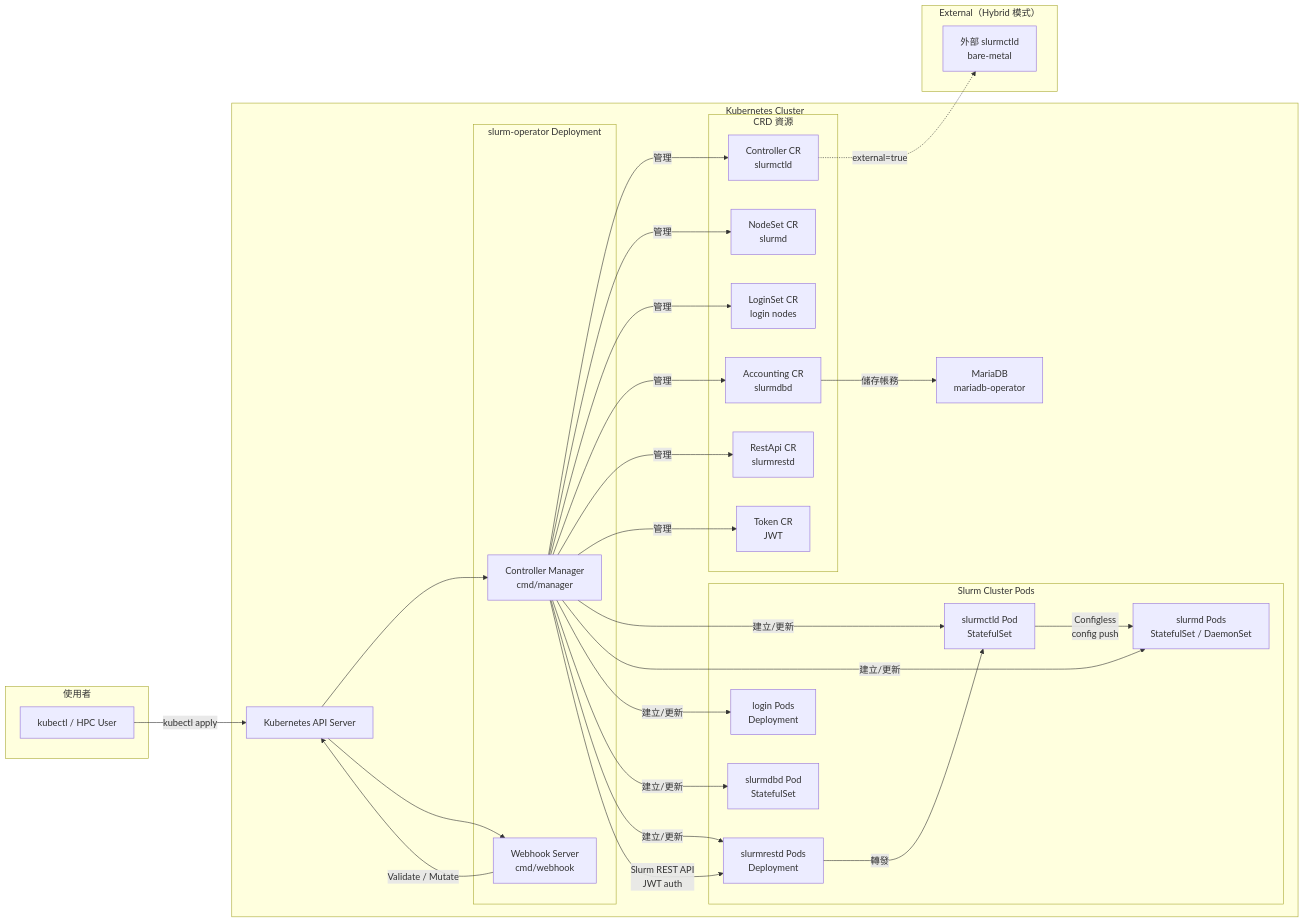
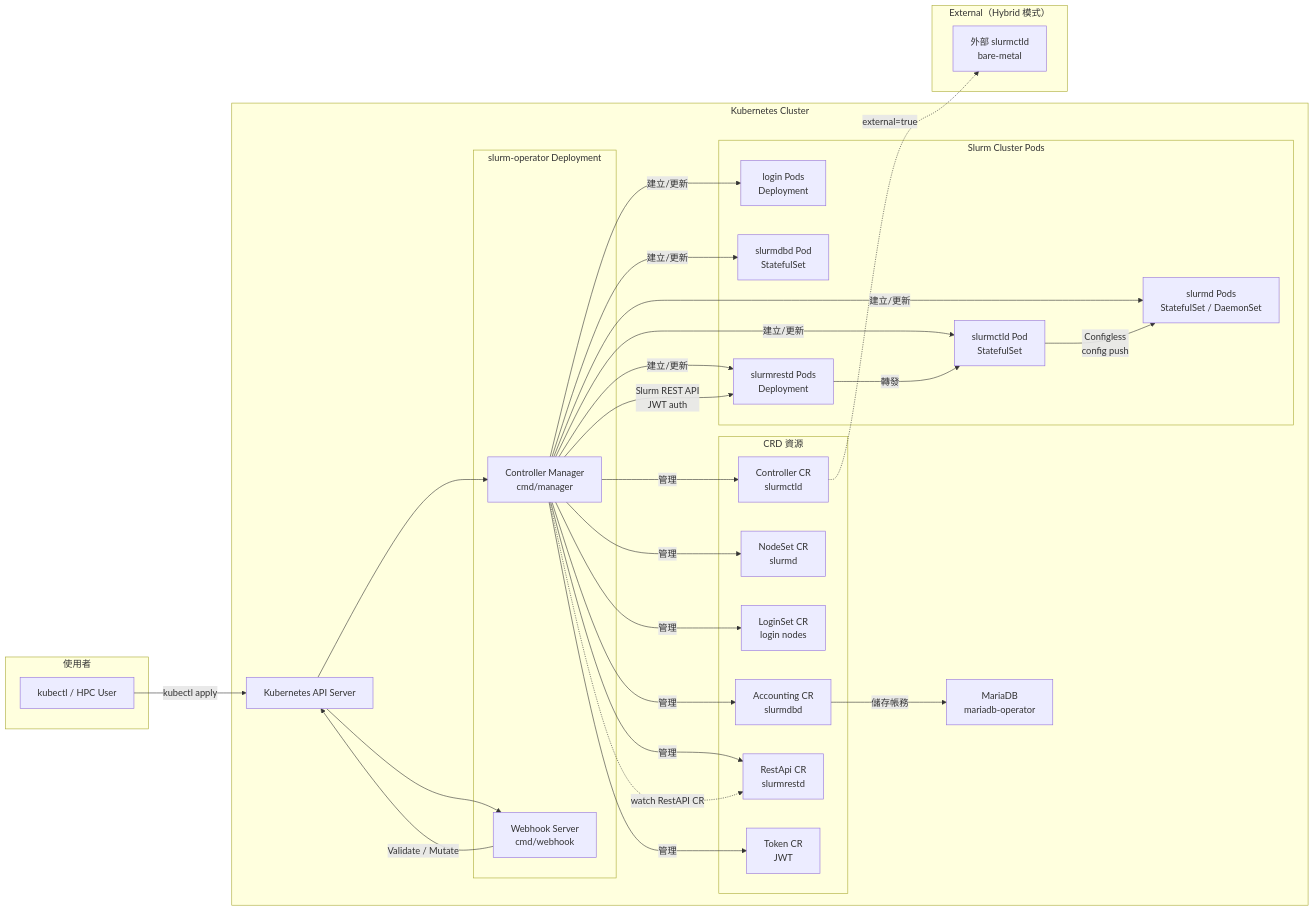
The first of 3 diagrams in .trace/ARCHITECTURE.md (pichiu/slurm-operator), drawn with Mermaid before and after one commit. The commit also changed other lines of this file, not shown here.

Commit message:
trace: update ARCHITECTURE.md for d5c49df..cfb5029

````diff
--- a/.trace/ARCHITECTURE.md
+++ b/.trace/ARCHITECTURE.md
@@ -12,49 +13,50 @@
 ```mermaid
 graph LR
     subgraph "使用者"
         U[kubectl / HPC User]
     end
 
     subgraph "Kubernetes Cluster"
         subgraph "slurm-operator Deployment"
             CM[Controller Manager<br/>cmd/manager]
             WH[Webhook Server<br/>cmd/webhook]
         end
 
         subgraph "CRD 資源"
             CTRL[Controller CR<br/>slurmctld]
             NS[NodeSet CR<br/>slurmd]
             LS[LoginSet CR<br/>login nodes]
             ACC[Accounting CR<br/>slurmdbd]
             RA[RestApi CR<br/>slurmrestd]
             TK[Token CR<br/>JWT]
         end
 
         subgraph "Slurm Cluster Pods"
             SCTLD[slurmctld Pod<br/>StatefulSet]
             SLURMD[slurmd Pods<br/>StatefulSet / DaemonSet]
             LGND[login Pods<br/>Deployment]
             SDBD[slurmdbd Pod<br/>StatefulSet]
             SREST[slurmrestd Pods<br/>Deployment]
         end
 
         KAPI[Kubernetes API Server]
         MARIA[MariaDB<br/>mariadb-operator]
     end
 
     subgraph "External（Hybrid 模式）"
         ESCTLD[外部 slurmctld<br/>bare-metal]
     end
 
     U -->|kubectl apply| KAPI
     KAPI --> CM
     KAPI --> WH
     CM -->|管理| CTRL & NS & LS & ACC & RA & TK
     CM -->|建立/更新| SCTLD & SLURMD & LGND & SDBD & SREST
     WH -->|Validate / Mutate| KAPI
     CM -->|Slurm REST API<br/>JWT auth| SREST
     SREST -->|轉發| SCTLD
+    CM -. watch RestAPI CR .-> RA
     SCTLD -->|Configless<br/>config push| SLURMD
     ACC -->|儲存帳務| MARIA
     CTRL -. external=true .-> ESCTLD
 ```
````
